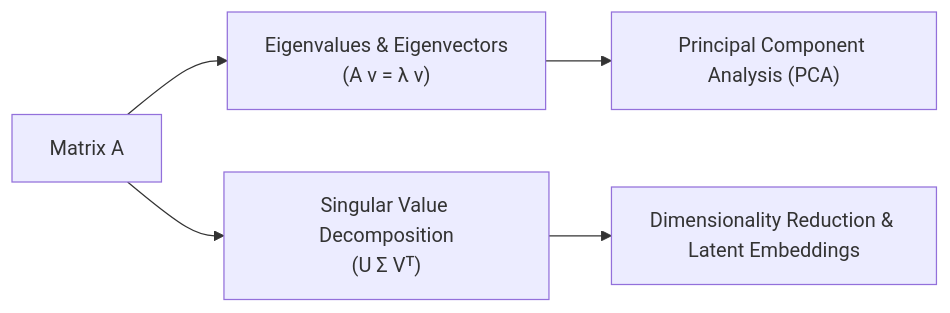
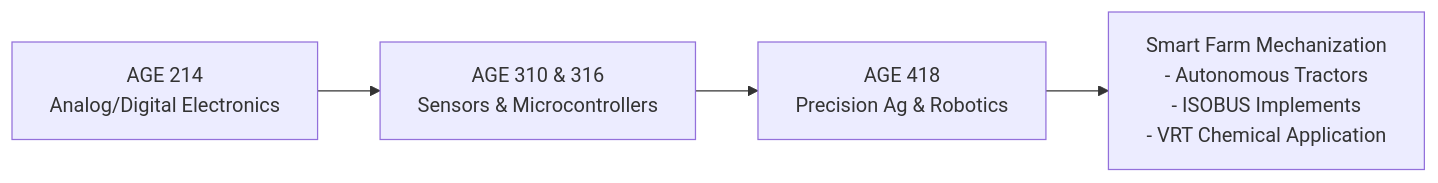
One commit to kadefue/Course_Notes changed the second of 4 diagrams in README.md. Above: the diagram before and after it, drawn with Mermaid. The commit also changed other lines of this file and 8 other files, not shown here.

````diff
--- a/README.md
+++ b/README.md
@@ -66,7 +134,6 @@
 ```mermaid
 flowchart LR
-    A["Matrix A"] --> B["Eigenvalues & Eigenvectors\n(A v = λ v)"]
-    A --> C["Singular Value Decomposition\n(U Σ Vᵀ)"]
-    B --> D["Principal Component Analysis (PCA)"]
-    C --> E["Dimensionality Reduction & Latent Embeddings"]
+    A["AGE 214\nAnalog/Digital Electronics"] --> B["AGE 310 & 316\nSensors & Microcontrollers"]
+    B --> C["AGE 418\nPrecision Ag & Robotics"]
+    C --> D["Smart Farm Mechanization\n- Autonomous Tractors\n- ISOBUS Implements\n- VRT Chemical Application"]
 ```
````
